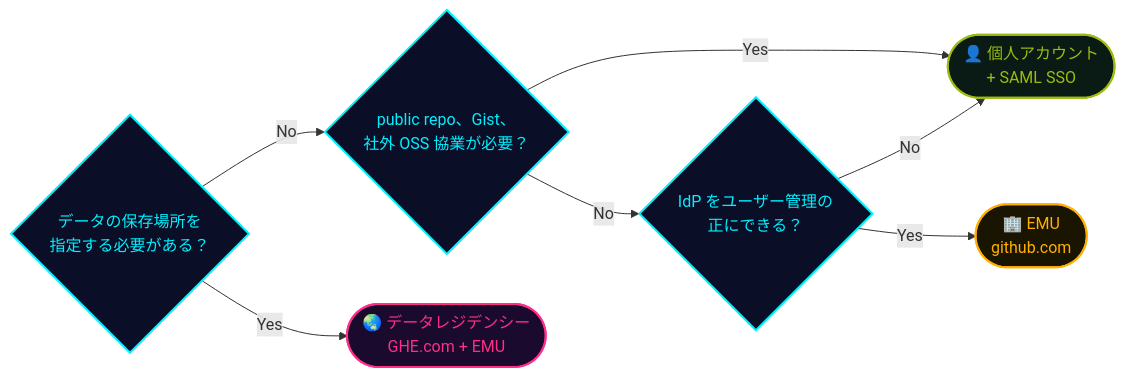
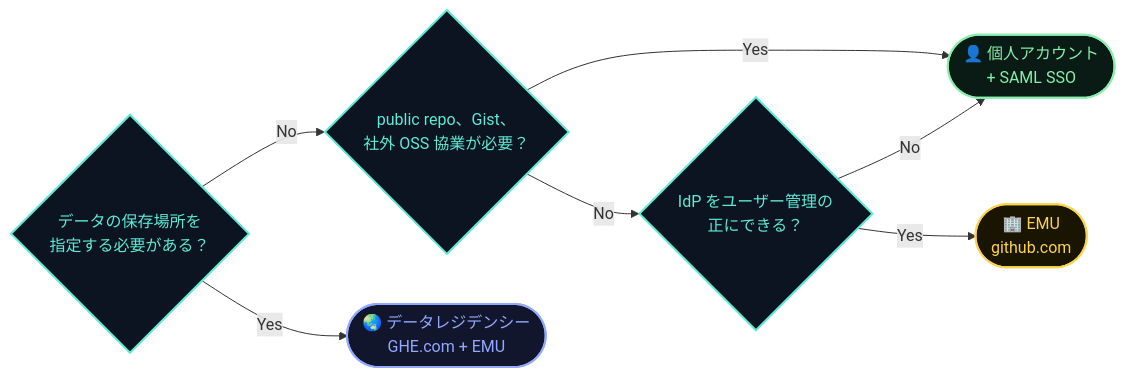
One commit to theomonfort/theomonfort changed the diagram in src/content/playbook/ja/ghec-emu-data-residency.md. Above: the diagram before and after it, drawn with Mermaid. The commit also changed other lines of this file and 607 other files, not shown here.

````diff
--- a/src/content/playbook/ja/ghec-emu-data-residency.md
+++ b/src/content/playbook/ja/ghec-emu-data-residency.md
@@ -350,24 +350,24 @@
 ```mermaid
 flowchart LR
   Q1{"データの保存場所を<br/>指定する必要がある？"}
   Q2{"public repo、Gist、<br/>社外 OSS 協業が必要？"}
   Q3{"IdP をユーザー管理の<br/>正にできる？"}
   DR(["🌏 データレジデンシー<br/>GHE.com + EMU"])
   EMU(["🏢 EMU<br/>github.com"])
   PA(["👤 個人アカウント<br/>+ SAML SSO"])
   Q1 -->|"Yes"| DR
   Q1 -->|"No"| Q2
   Q2 -->|"Yes"| PA
   Q2 -->|"No"| Q3
   Q3 -->|"Yes"| EMU
   Q3 -->|"No"| PA
 
-  classDef q fill:#0a0e27,stroke:#00f0ff,color:#00f0ff,stroke-width:2px
-  classDef dr fill:#1a0a2e,stroke:#ff2e88,color:#ff2e88,stroke-width:2px
-  classDef emu fill:#1a1500,stroke:#ffb000,color:#ffb000,stroke-width:2px
-  classDef pa fill:#0a1a14,stroke:#9bbc0f,color:#9bbc0f,stroke-width:2px
+  classDef q fill:#0b1420,stroke:#5eead4,color:#5eead4,stroke-width:2px
+  classDef dr fill:#11162c,stroke:#93a8ff,color:#93a8ff,stroke-width:2px
+  classDef emu fill:#1a1500,stroke:#fcd34d,color:#fcd34d,stroke-width:2px
+  classDef pa fill:#0a1a14,stroke:#86efac,color:#86efac,stroke-width:2px
   class Q1,Q2,Q3 q
   class DR dr
   class EMU emu
   class PA pa
 ```
````
